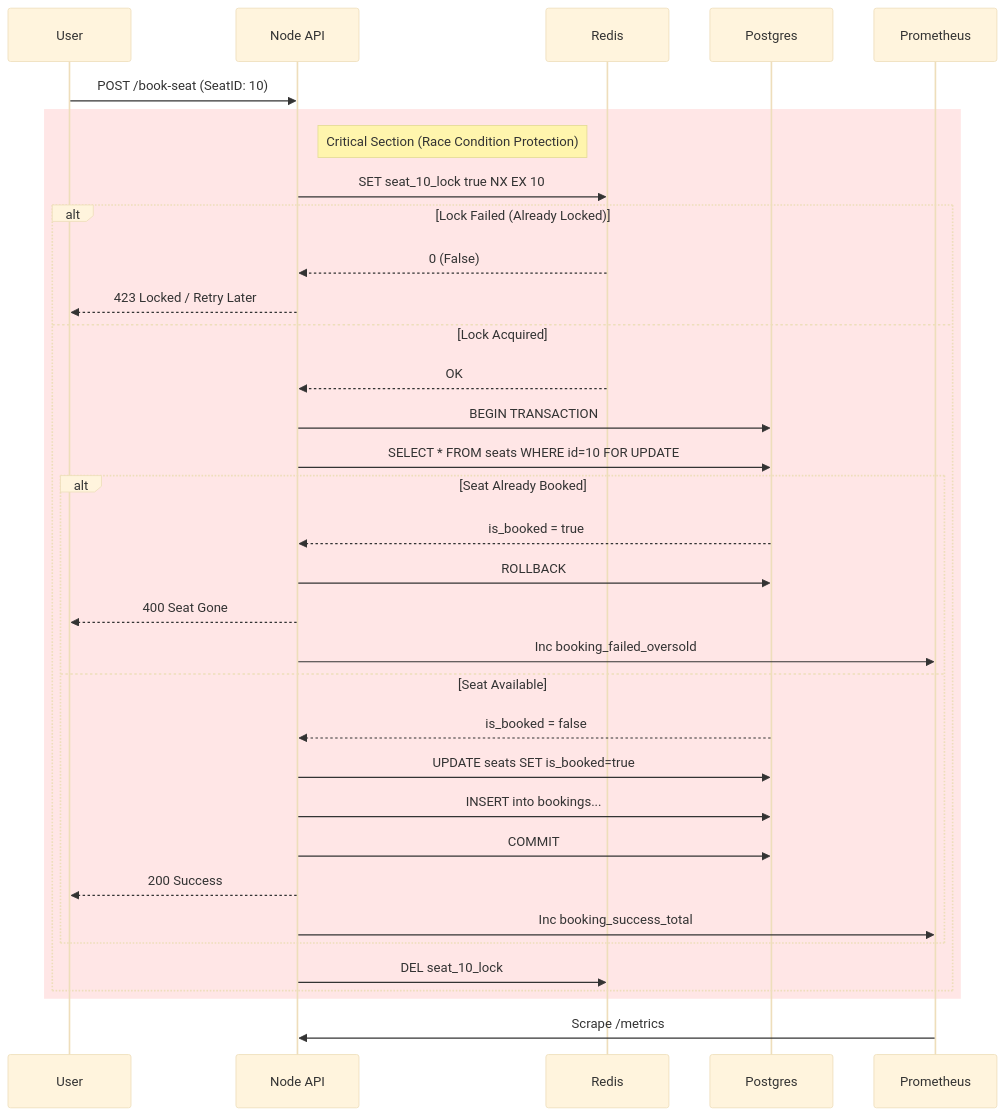
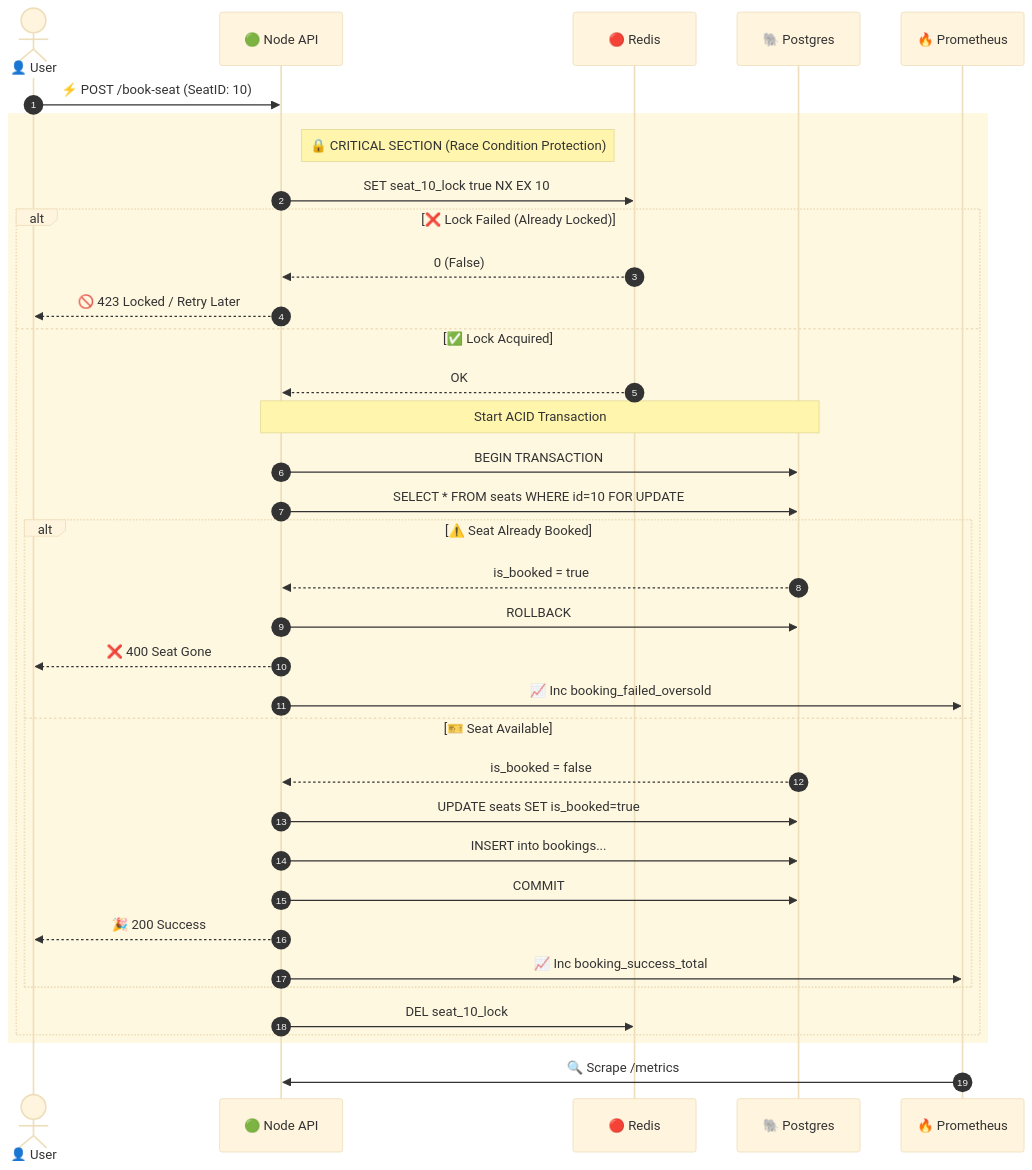
Before and after one commit to SreeAditya-Dev/TicketRush: the diagram in README.md, drawn with Mermaid (base theme).

Commit message:
Enhance sequence diagram with icons and formatting
Updated sequence diagram in README to include icons and improved clarity.

````diff
--- a/README.md
+++ b/README.md
@@ -98,41 +98,50 @@
 ```mermaid
 sequenceDiagram
-    participant User
-    participant API as Node API
-    participant Redis
-    participant DB as Postgres
-    participant Metrics as Prometheus
+    autonumber
+    
+    %% DEFINING PARTICIPANTS WITH ICONS
+    actor User as 👤 User
+    participant API as 🟢 Node API
+    participant Redis as 🔴 Redis
+    participant DB as 🐘 Postgres
+    participant Metrics as 🔥 Prometheus
 
-    User->>API: POST /book-seat (SeatID: 10)
+    %% FLOW START
+    User->>API: ⚡ POST /book-seat (SeatID: 10)
     
-    rect rgb(255, 230, 230)
-    Note right of API: Critical Section (Race Condition Protection)
+    %% CRITICAL SECTION BLOCK
+    rect rgb(255, 248, 225)
+    Note right of API: 🔒 CRITICAL SECTION (Race Condition Protection)
+    
     API->>Redis: SET seat_10_lock true NX EX 10
-    alt Lock Failed (Already Locked)
+    
+    alt ❌ Lock Failed (Already Locked)
         Redis-->>API: 0 (False)
-        API-->>User: 423 Locked / Retry Later
-    else Lock Acquired
+        API-->>User: 🚫 423 Locked / Retry Later
+    else ✅ Lock Acquired
         Redis-->>API: OK
+        
+        Note over API, DB: Start ACID Transaction
         API->>DB: BEGIN TRANSACTION
         API->>DB: SELECT * FROM seats WHERE id=10 FOR UPDATE
         
-        alt Seat Already Booked
+        alt ⚠️ Seat Already Booked
             DB-->>API: is_booked = true
             API->>DB: ROLLBACK
-            API-->>User: 400 Seat Gone
-            API->>Metrics: Inc booking_failed_oversold
-        else Seat Available
+            API-->>User: ❌ 400 Seat Gone
+            API->>Metrics: 📈 Inc booking_failed_oversold
+        else 🎫 Seat Available
             DB-->>API: is_booked = false
             API->>DB: UPDATE seats SET is_booked=true
             API->>DB: INSERT into bookings...
             API->>DB: COMMIT
-            API-->>User: 200 Success
-            API->>Metrics: Inc booking_success_total
+            API-->>User: 🎉 200 Success
+            API->>Metrics: 📈 Inc booking_success_total
         end
         
         API->>Redis: DEL seat_10_lock
     end
     end
     
-    Metrics->>API: Scrape /metrics
+    Metrics->>API: 🔍 Scrape /metrics
 ```
````
